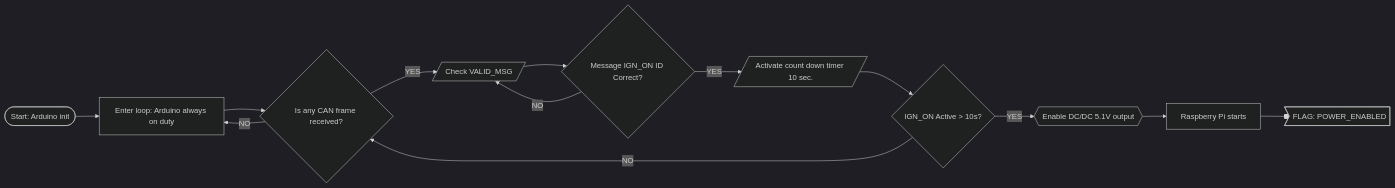
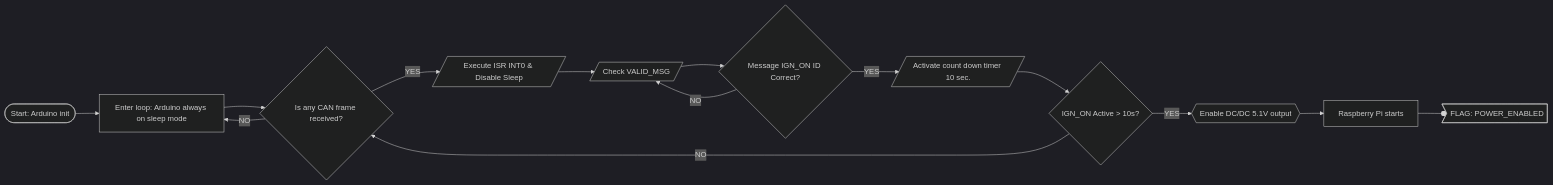
One commit to martis2580/Outdated-Volvo-Nav-Retrofit changed the third of 5 diagrams in README.md. Above: the diagram before and after it, drawn with Mermaid (dark theme).

Commit message:
Modify flowchart for Arduino sleep mode logic
Updated flowchart to reflect Arduino sleep mode in the loop.

````diff
--- a/README.md
+++ b/README.md
@@ -148,15 +148,16 @@
 ```mermaid
 flowchart LR
-    A([Start: Arduino init]) --> B[Enter loop: Arduino always on duty]
+    A([Start: Arduino init]) --> B[Enter loop: Arduino always on sleep mode]
     B --> C{Is any CAN frame received?}
-    C -->|YES| D[/Check VALID_MSG/]
+    C -->|YES| L[/Execute ISR INT0 & Disable Sleep/]
+    L --> D[/Check VALID_MSG/]
     C -->|NO| B
     D --> E{Message IGN_ON ID Correct?}
     E -->|NO| D
     E -->|YES| F[/Activate count down timer 10 sec./]
     F -->G{IGN_ON Active > 10s?}
     G -->|NO| C
     G -->|YES| H@{ shape: hex, label: "Enable DC/DC 5.1V output"}
     H -->J[Raspberry Pi starts]
     J --oK@{ shape: odd, label: "FLAG: POWER_ENABLED" }
 ```
````
